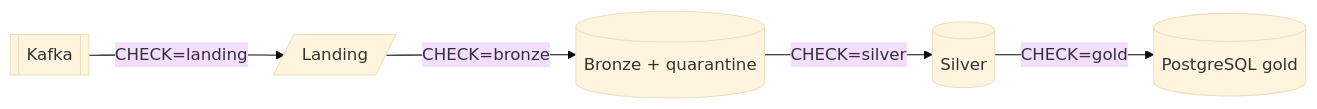
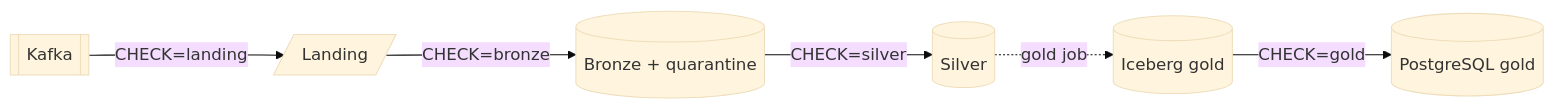
One commit to jonathan5p/deel-home-task changed the diagram in docs/lakehouse/data-quality.md. Above: the diagram before and after it, drawn with Mermaid (base theme). The commit also changed other lines of this file and 2 other files, not shown here.

First line of the commit message:
docs(gold): describe the gold copy check, the thin lake views and gold built in Spark

````diff
--- a/docs/lakehouse/data-quality.md
+++ b/docs/lakehouse/data-quality.md
@@ -18,13 +18,15 @@
 ```mermaid
 flowchart LR
     kafka[["Kafka"]]
     landing[/"Landing"/]
     bronze[("Bronze + quarantine")]
     silver[("Silver")]
+    icegold[("Iceberg gold")]
     gold[("PostgreSQL gold")]
 
     kafka -- "CHECK=landing" --> landing
     landing -- "CHECK=bronze" --> bronze
     bronze -- "CHECK=silver" --> silver
-    silver -- "CHECK=gold" --> gold
+    silver -. "gold job" .-> icegold
+    icegold -- "CHECK=gold" --> gold
 ```
````
